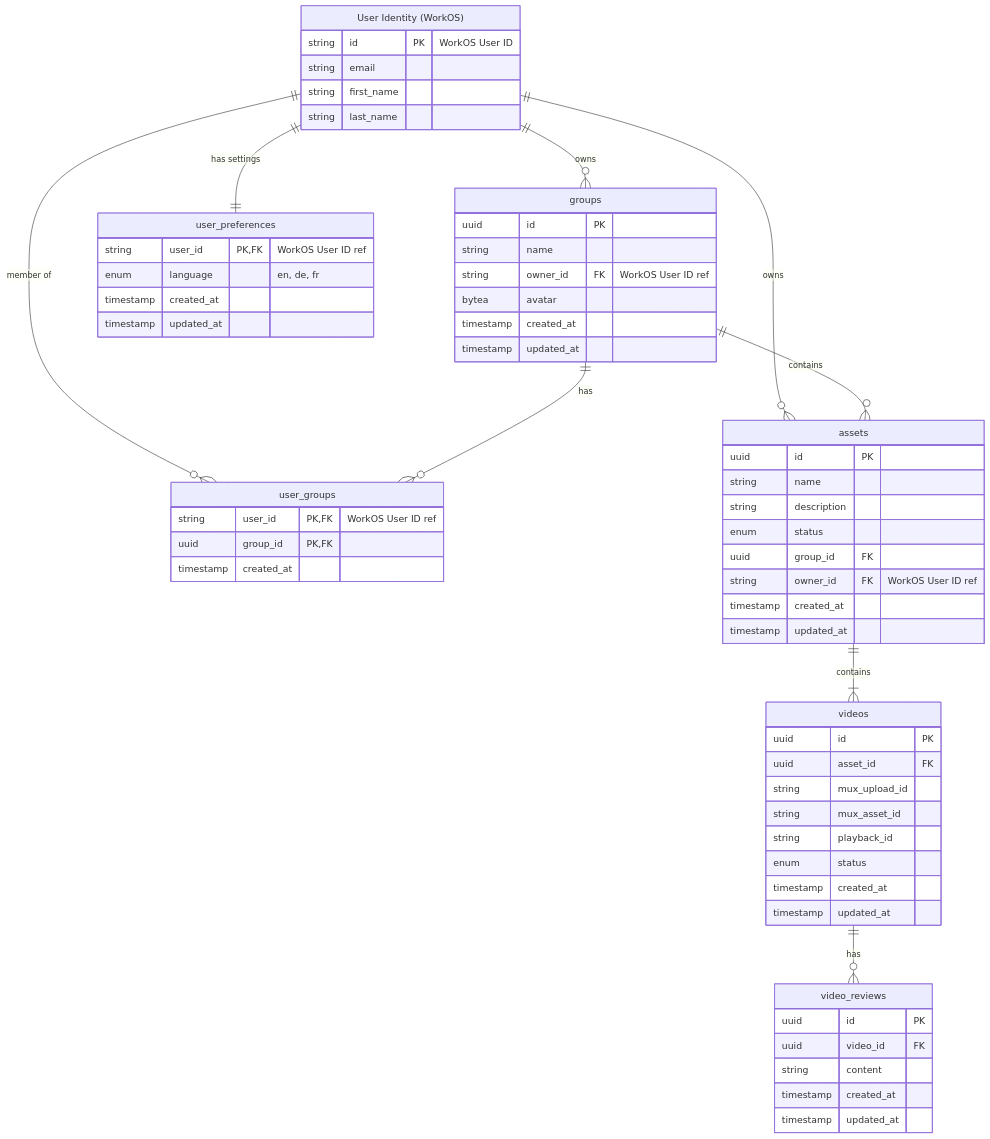
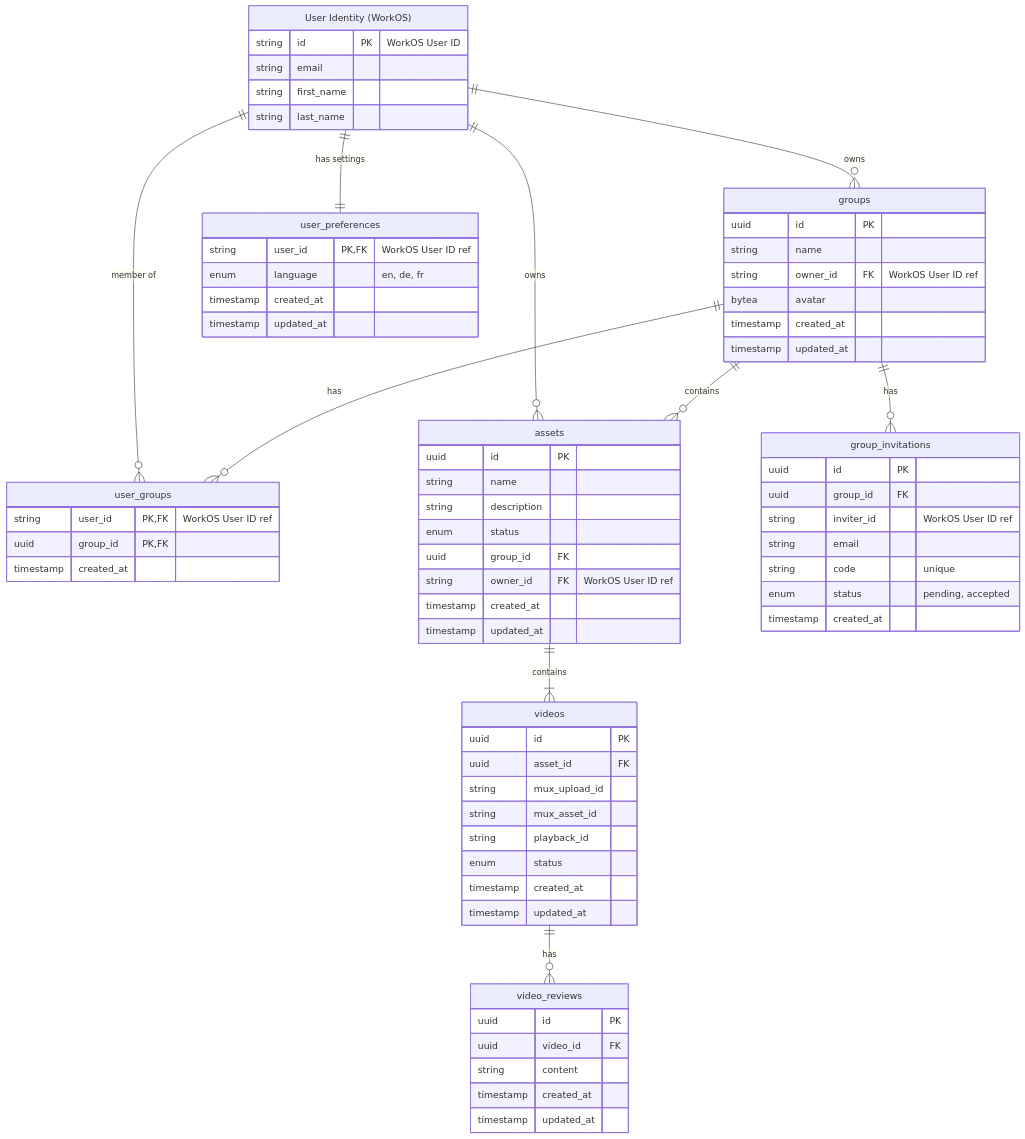
One commit to OZIOisgood/zeta changed the fifth of 5 diagrams in README.md. Above: the diagram before and after it, drawn with Mermaid. The commit also changed other lines of this file and 25 other files, not shown here.

First line of the commit message:
feat: implement group invitations

```diff
--- a/README.md
+++ b/README.md
@@ -198,6 +223,18 @@
         bytea avatar
         timestamp created_at
         timestamp updated_at
+    }
+
+    groups ||--o{ group_invitations : has
+
+    group_invitations {
+        uuid id PK
+        uuid group_id FK
+        string inviter_id "WorkOS User ID ref"
+        string email
+        string code "unique"
+        enum status "pending, accepted"
+        timestamp created_at
     }
 
     user_groups {
```
